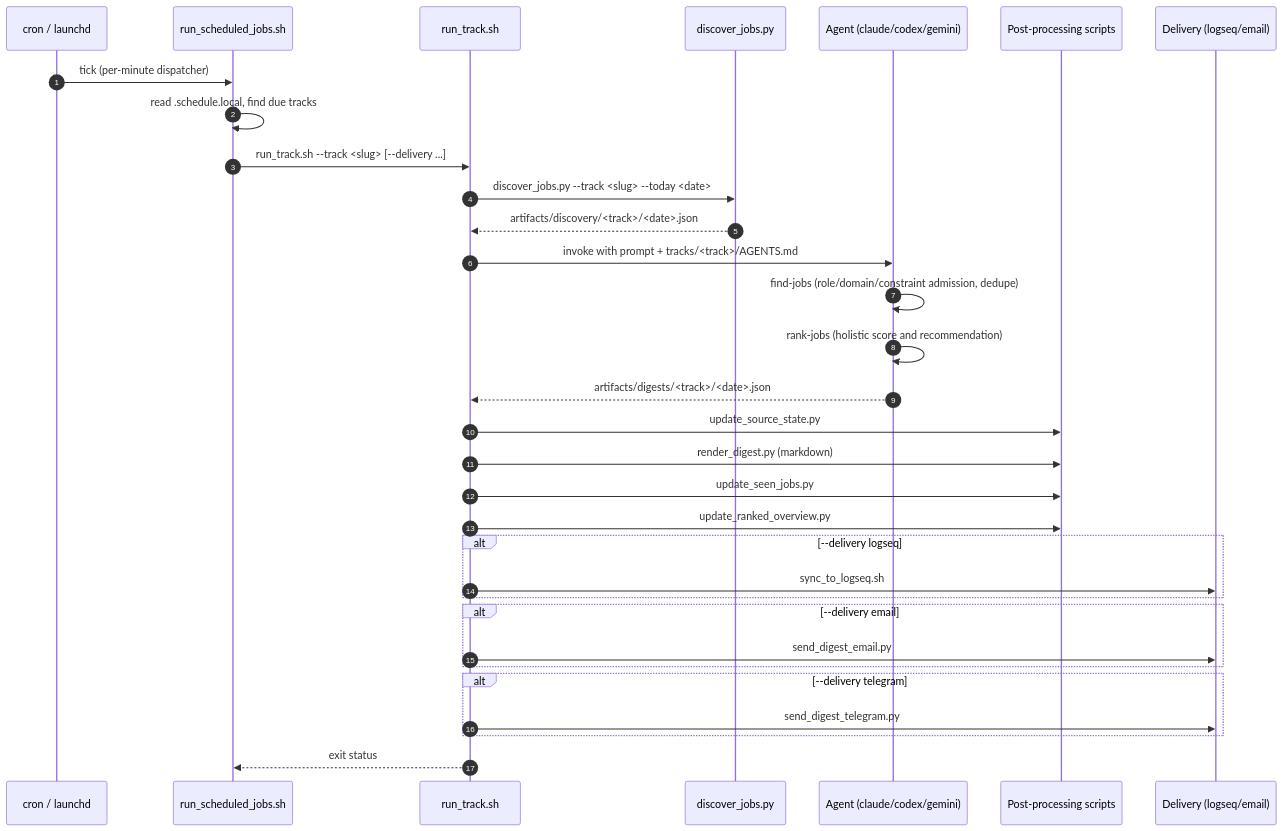
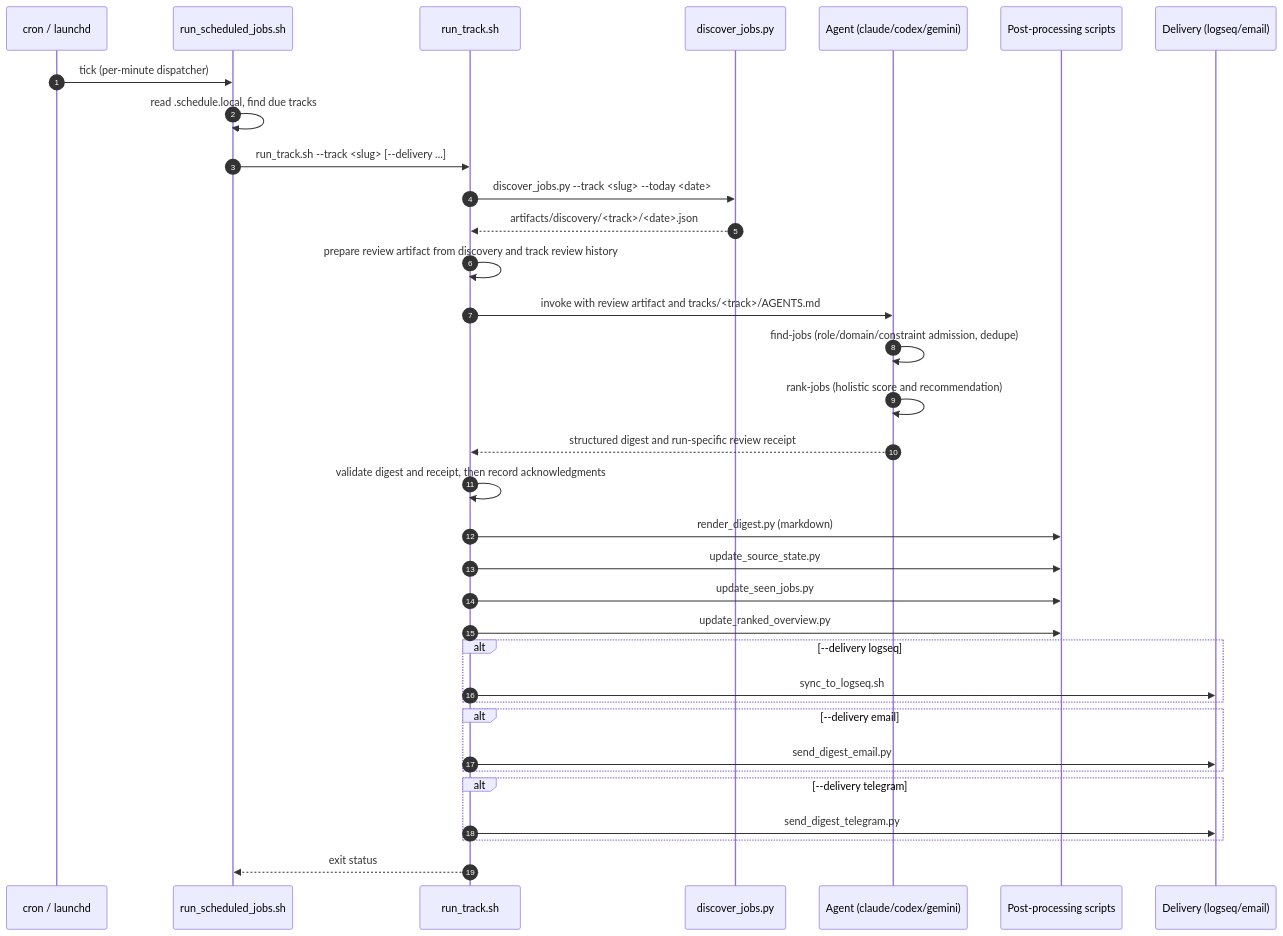
The third of 7 diagrams in docs/architecture.md (jvdheyden/jobwatch), drawn with Mermaid before and after one commit. The commit also changed other lines of this file and 31 other files, not shown here.

````diff
--- a/docs/architecture.md
+++ b/docs/architecture.md
@@ -153,35 +153,37 @@
 ```mermaid
 sequenceDiagram
   autonumber
   participant Cron as cron / launchd
   participant Sched as run_scheduled_jobs.sh
   participant Track as run_track.sh
   participant Disc as discover_jobs.py
   participant Agent as Agent (claude/codex/gemini)
   participant Post as Post-processing scripts
   participant Deliv as Delivery (logseq/email)
 
   Cron->>Sched: tick (per-minute dispatcher)
   Sched->>Sched: read .schedule.local, find due tracks
   Sched->>Track: run_track.sh --track <slug> [--delivery ...]
   Track->>Disc: discover_jobs.py --track <slug> --today <date>
   Disc-->>Track: artifacts/discovery/<track>/<date>.json
-  Track->>Agent: invoke with prompt + tracks/<track>/AGENTS.md
+  Track->>Track: prepare review artifact from discovery and track review history
+  Track->>Agent: invoke with review artifact and tracks/<track>/AGENTS.md
   Agent->>Agent: find-jobs (role/domain/constraint admission, dedupe)
   Agent->>Agent: rank-jobs (holistic score and recommendation)
-  Agent-->>Track: artifacts/digests/<track>/<date>.json
+  Agent-->>Track: structured digest and run-specific review receipt
+  Track->>Track: validate digest and receipt, then record acknowledgments
+  Track->>Post: render_digest.py (markdown)
   Track->>Post: update_source_state.py
-  Track->>Post: render_digest.py (markdown)
   Track->>Post: update_seen_jobs.py
   Track->>Post: update_ranked_overview.py
   alt --delivery logseq
     Track->>Deliv: sync_to_logseq.sh
   end
   alt --delivery email
     Track->>Deliv: send_digest_email.py
   end
   alt --delivery telegram
     Track->>Deliv: send_digest_telegram.py
   end
   Track-->>Sched: exit status
 ```
````
